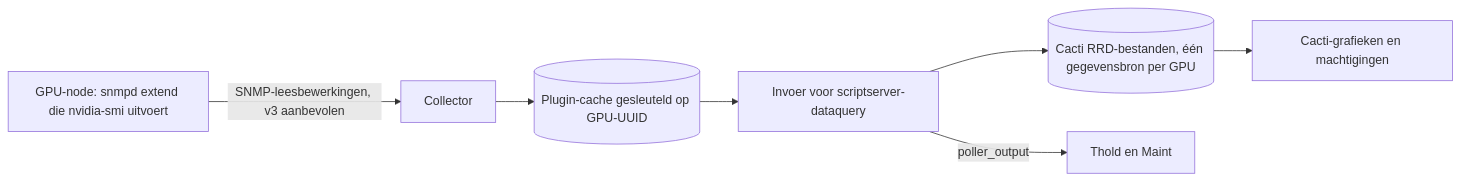
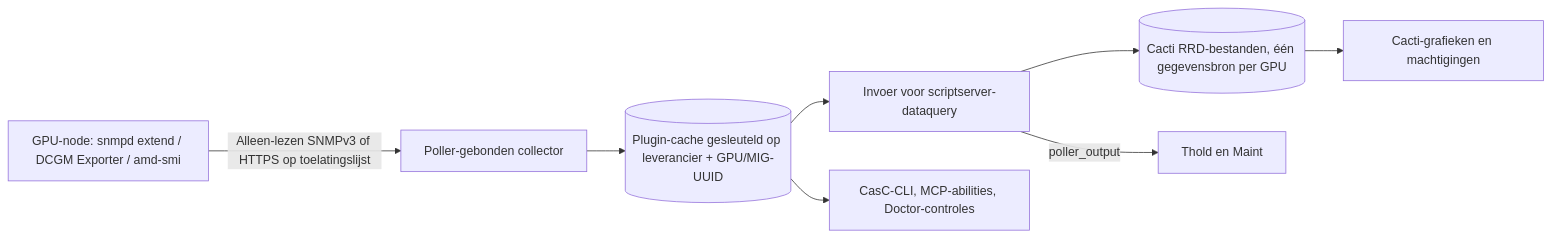
Before and after one commit to somethingwithproof/plugin_gpu: the diagram in docs/i18n/nl-NL/README.md, drawn with Mermaid. The commit also changed other lines of this file and 47 other files, not shown here.

````diff
--- a/docs/i18n/nl-NL/README.md
+++ b/docs/i18n/nl-NL/README.md
@@ -113,9 +113,10 @@
 ```mermaid
 flowchart LR
-    NODE[GPU-node: snmpd extend die nvidia-smi uitvoert] -->|SNMP-leesbewerkingen, v3 aanbevolen| C[Collector]
-    C --> CACHE[(Plugin-cache gesleuteld op GPU-UUID)]
+    NODE["GPU-node: snmpd extend / DCGM Exporter / amd-smi"] -->|Alleen-lezen SNMPv3 of HTTPS op toelatingslijst| C[Poller-gebonden collector]
+    C --> CACHE[(Plugin-cache gesleuteld op leverancier + GPU/MIG-UUID)]
     CACHE --> SS[Invoer voor scriptserver-dataquery]
+    CACHE --> ECO[CasC-CLI, MCP-abilities, Doctor-controles]
     SS --> RRD[(Cacti RRD-bestanden, één gegevensbron per GPU)]
     SS -->|poller_output| T[Thold en Maint]
     RRD --> G[Cacti-grafieken en machtigingen]
 ```
````
